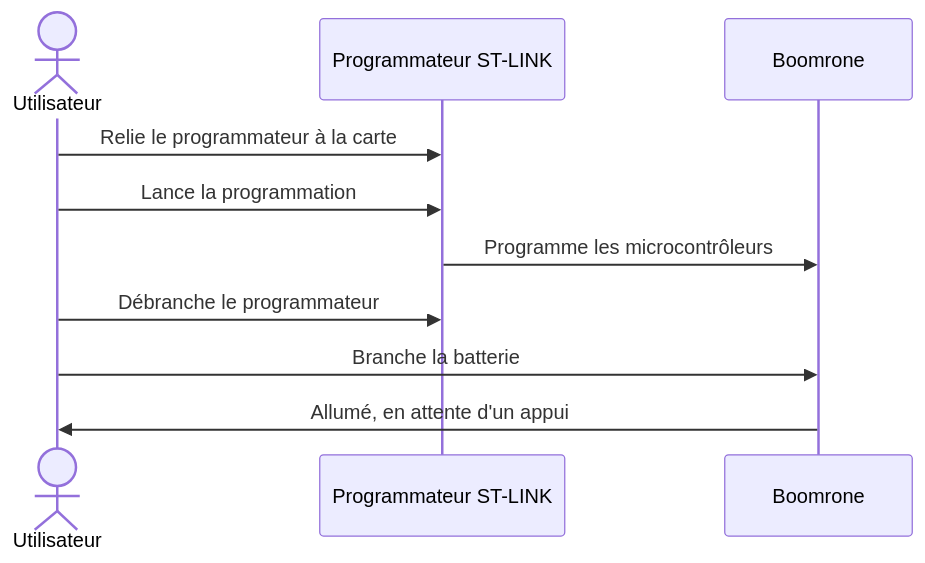
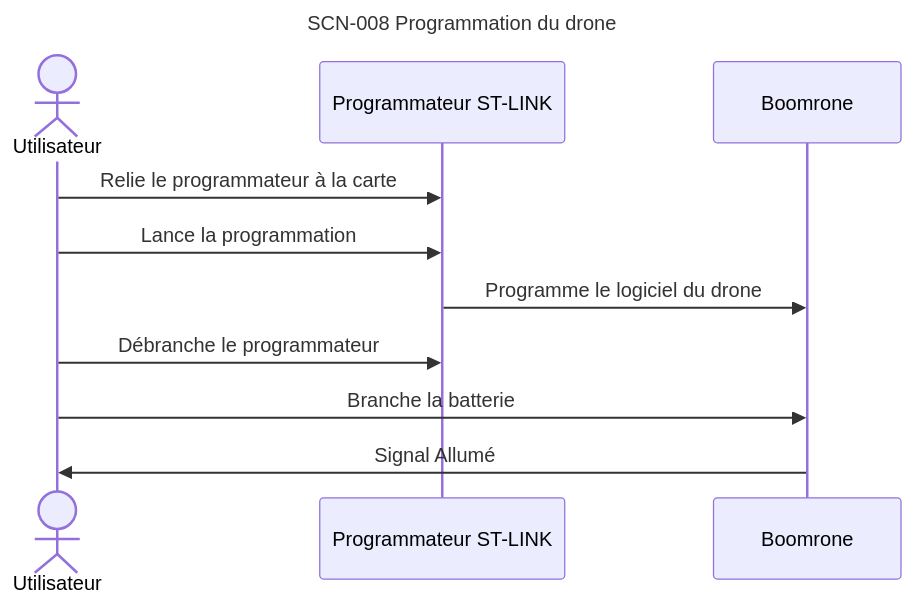
The tenth of 13 diagrams in projets/boomrone/00-scenarios.md (thourymatthieu-png/coworker_archi_system), drawn with Mermaid before and after one commit. The commit also changed other lines of this file and 3 other files, not shown here.

````diff
--- a/projets/boomrone/00-scenarios.md
+++ b/projets/boomrone/00-scenarios.md
@@ -269,12 +321,15 @@
 ```mermaid
+---
+title: "SCN-008 Programmation du drone"
+---
 sequenceDiagram
     actor U as Utilisateur
     participant P as Programmateur ST-LINK
     participant D as Boomrone
     U->>P: Relie le programmateur à la carte
     U->>P: Lance la programmation
-    P->>D: Programme les microcontrôleurs
+    P->>D: Programme le logiciel du drone
     U->>P: Débranche le programmateur
     U->>D: Branche la batterie
-    D->>U: Allumé, en attente d'un appui
+    D->>U: Signal Allumé
 ```
````
